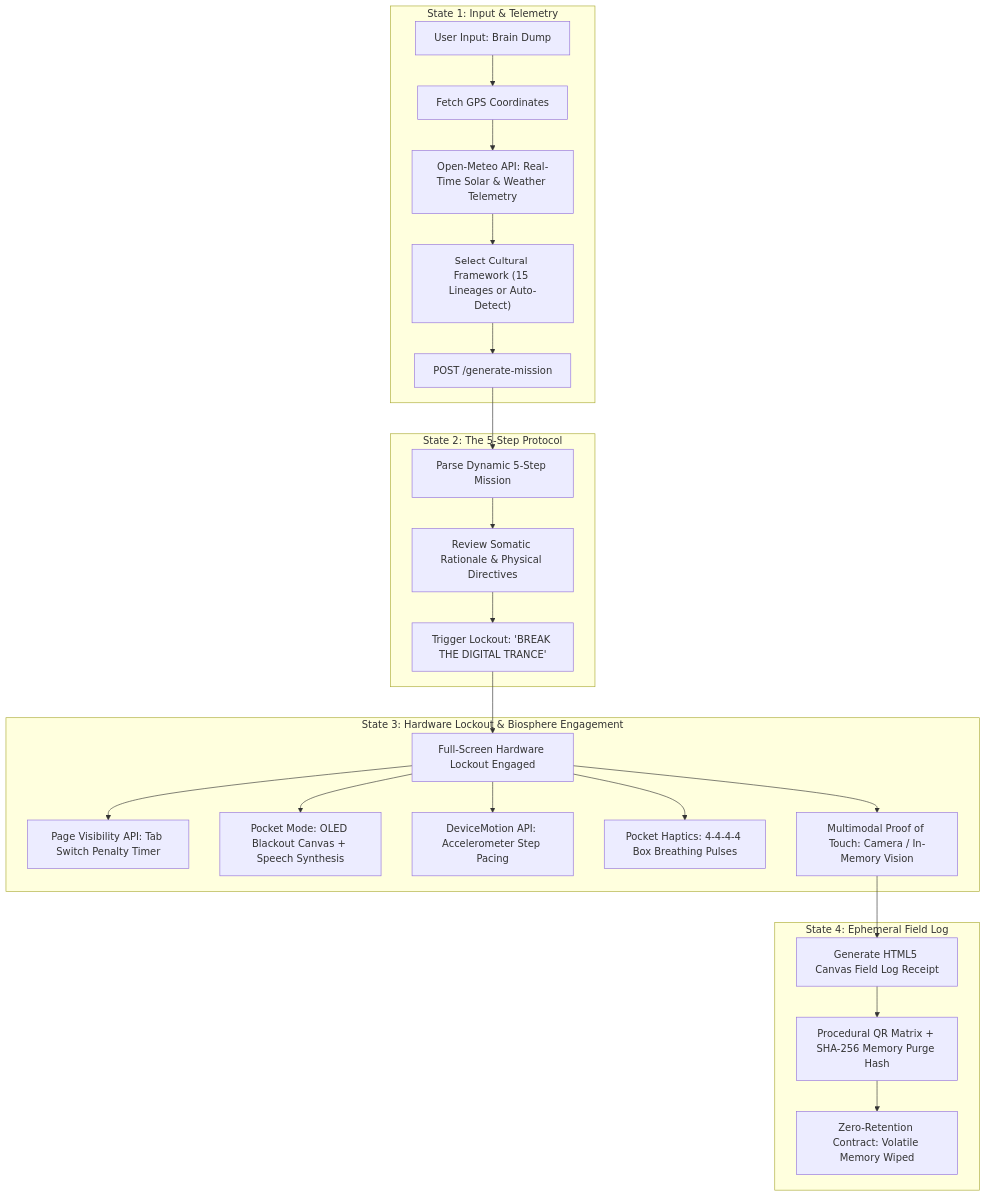
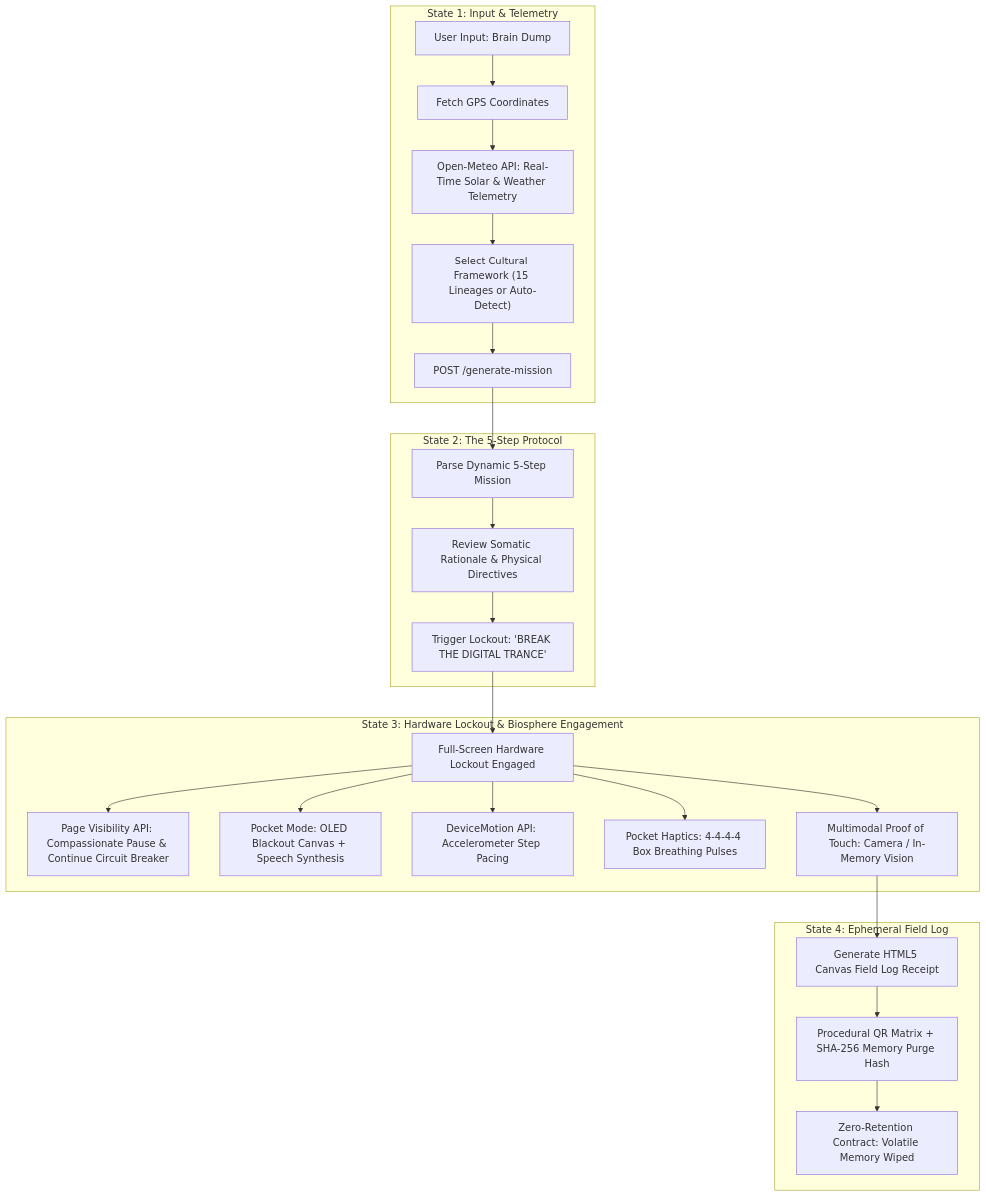
One commit to akshara-a/Exhale changed the first of 4 diagrams in README.md. Above: the diagram before and after it, drawn with Mermaid. The commit also changed other lines of this file, not shown here.

````diff
--- a/README.md
+++ b/README.md
@@ -50,30 +71,30 @@
 ```mermaid
 flowchart TD
     subgraph S1 ["State 1: Input & Telemetry"]
         A["User Input: Brain Dump"] --> B["Fetch GPS Coordinates"]
         B --> C["Open-Meteo API: Real-Time Solar & Weather Telemetry"]
         C --> D["Select Cultural Framework (15 Lineages or Auto-Detect)"]
         D --> E["POST /generate-mission"]
     end
 
     subgraph S2 ["State 2: The 5-Step Protocol"]
         E --> F["Parse Dynamic 5-Step Mission"]
         F --> G["Review Somatic Rationale & Physical Directives"]
         G --> H["Trigger Lockout: 'BREAK THE DIGITAL TRANCE'"]
     end
 
     subgraph S3 ["State 3: Hardware Lockout & Biosphere Engagement"]
         H --> I["Full-Screen Hardware Lockout Engaged"]
-        I --> J["Page Visibility API: Tab Switch Penalty Timer"]
+        I --> J["Page Visibility API: Compassionate Pause & Continue Circuit Breaker"]
         I --> K["Pocket Mode: OLED Blackout Canvas + Speech Synthesis"]
         I --> L["DeviceMotion API: Accelerometer Step Pacing"]
         I --> M["Pocket Haptics: 4-4-4-4 Box Breathing Pulses"]
         I --> N["Multimodal Proof of Touch: Camera / In-Memory Vision"]
     end
 
     subgraph S4 ["State 4: Ephemeral Field Log"]
         N --> O["Generate HTML5 Canvas Field Log Receipt"]
         O --> P["Procedural QR Matrix + SHA-256 Memory Purge Hash"]
         P --> Q["Zero-Retention Contract: Volatile Memory Wiped"]
     end
 ```
````
